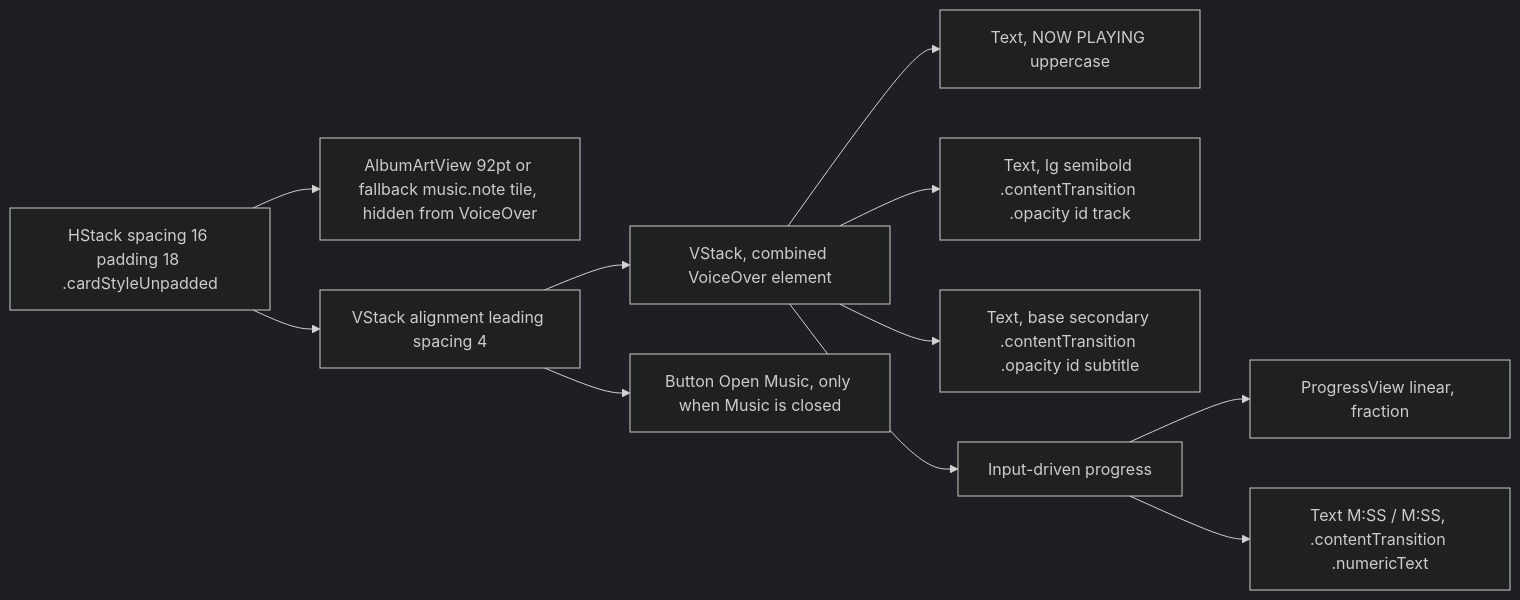
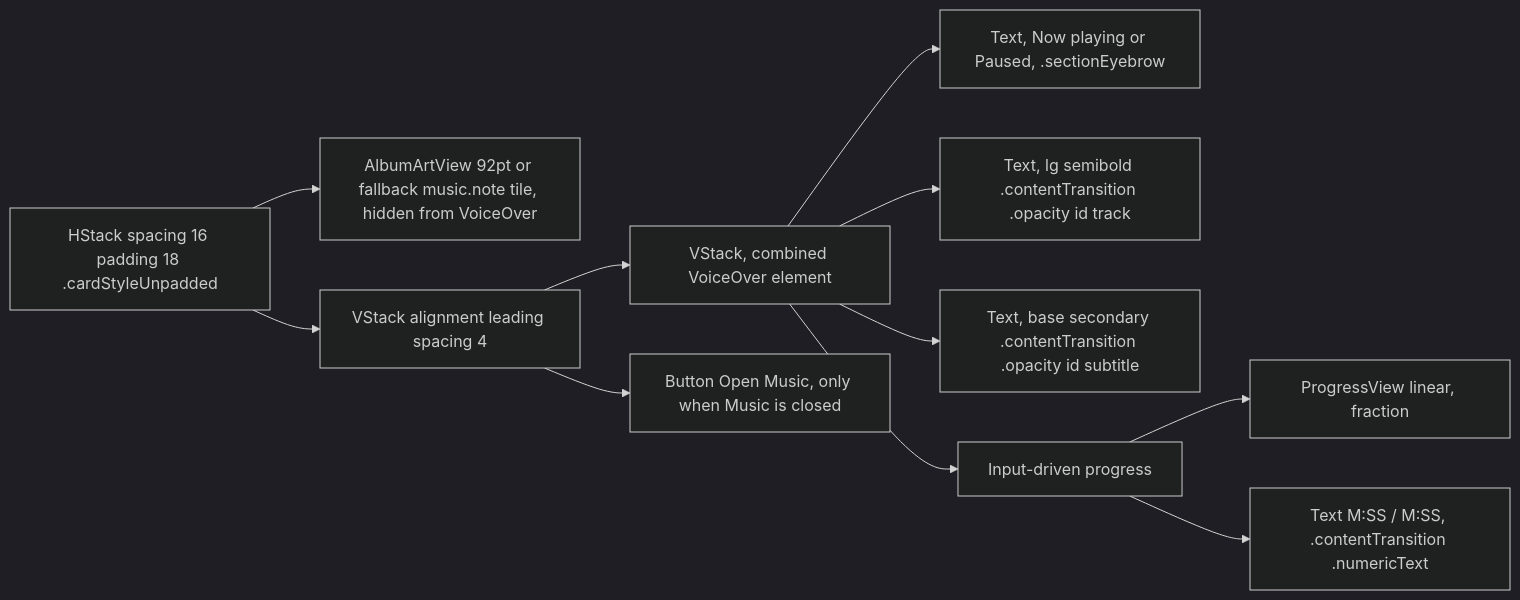
The diagram in design-system/components/now-playing-hero-card.md (MrDemonWolf/wolfwave), drawn with Mermaid (dark theme) before and after one commit. The commit also changed other lines of this file and 185 other files, not shown here.

````diff
--- a/design-system/components/now-playing-hero-card.md
+++ b/design-system/components/now-playing-hero-card.md
@@ -50,13 +55,13 @@
 ```mermaid
 graph LR
   Card[HStack spacing 16 padding 18 .cardStyleUnpadded] --> Art[AlbumArtView 92pt or fallback music.note tile, hidden from VoiceOver]
   Card --> Column[VStack alignment leading spacing 4]
   Column --> Text[VStack, combined VoiceOver element]
   Column --> Open[Button Open Music, only when Music is closed]
-  Text --> Eyebrow[Text, NOW PLAYING uppercase]
+  Text --> Eyebrow[Text, Now playing or Paused, .sectionEyebrow]
   Text --> Title[Text, lg semibold .contentTransition .opacity id track]
   Text --> Subtitle[Text, base secondary .contentTransition .opacity id subtitle]
   Text --> Progress[Input-driven progress]
   Progress --> Bar[ProgressView linear, fraction]
   Progress --> Stamp[Text M:SS / M:SS, .contentTransition .numericText]
 ```
````
